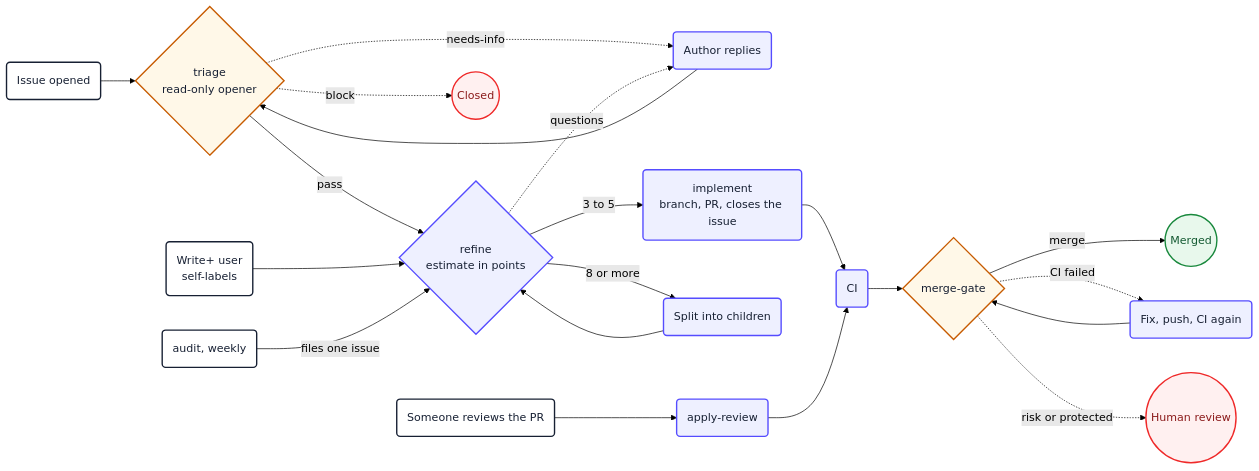
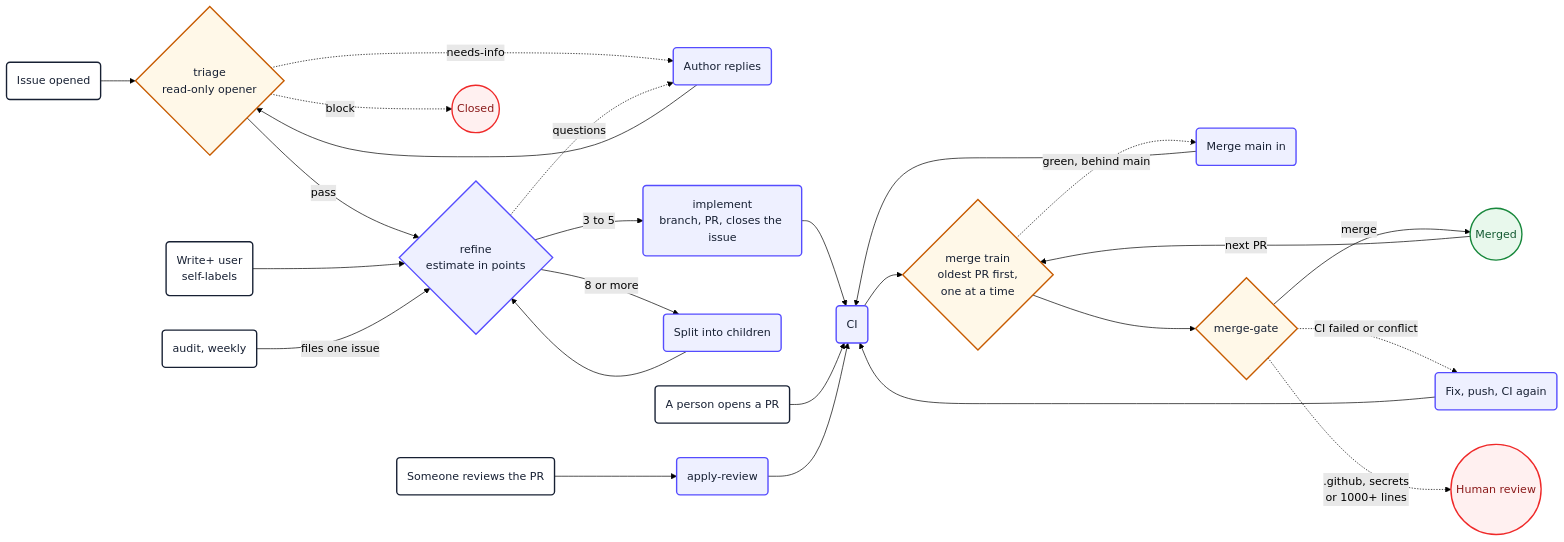
One commit to PlainConceptsPlatform/agentic-workflows changed the second of 15 diagrams in loops/docs/diagrams.md. Above: the diagram before and after it, drawn with Mermaid (forest theme). The commit also changed other lines of this file and 21 other files, not shown here.

First line of the commit message:
feat(train): one pull request at a time, oldest first, until none is left (1.6.0)

````diff
--- a/loops/docs/diagrams.md
+++ b/loops/docs/diagrams.md
@@ -79,29 +79,33 @@
 ```mermaid
 flowchart LR
     open("Issue opened") --> triage
     triage{"triage<br/>read-only opener"} -->|pass| refine
     triage -.->|block| closed(("Closed"))
     triage -.->|needs-info| author("Author replies") --> triage
     write("Write+ user<br/>self-labels") --> refine
     refine{"refine<br/>estimate in points"} -->|"3 to 5"| implement
     refine -->|"8 or more"| split("Split into children") --> refine
     refine -.->|questions| author
     implement("implement<br/>branch, PR, closes the issue") --> ci("CI")
-    ci --> gate{"merge-gate"}
+    person("A person opens a PR") --> ci
+    ci --> train{"merge train<br/>oldest PR first,<br/>one at a time"}
+    train -.->|"green, behind main"| update("Merge main in") --> ci
+    train --> gate{"merge-gate"}
     gate -->|merge| merged(("Merged"))
-    gate -.->|"CI failed"| fix("Fix, push, CI again") --> gate
-    gate -.->|"risk or protected"| human(("Human review"))
+    merged -->|"next PR"| train
+    gate -.->|"CI failed or conflict"| fix("Fix, push, CI again") --> ci
+    gate -.->|".github, secrets<br/>or 1000+ lines"| human(("Human review"))
     review("Someone reviews the PR") --> applyReview("apply-review") --> ci
     audit("audit, weekly") -->|"files one issue"| refine
 
     classDef action fill:#eef0ff,stroke:#554cff,stroke-width:2px,color:#172033
     classDef decision fill:#fff8e8,stroke:#c75b00,stroke-width:2px,color:#172033
     classDef failure fill:#fff0f0,stroke:#ef2929,stroke-width:2px,color:#8b1a1a
     classDef success fill:#e8f8ec,stroke:#18883c,stroke-width:2px,color:#145a32
     classDef start fill:#ffffff,stroke:#172033,stroke-width:2px,color:#172033
-    class open,write,review,audit start
-    class refine,split,implement,ci,fix,applyReview,author action
-    class triage,gate decision
+    class open,write,review,audit,person start
+    class refine,split,implement,ci,fix,applyReview,author,update action
+    class triage,gate,train decision
     class human,closed failure
     class merged success
 ```
````
